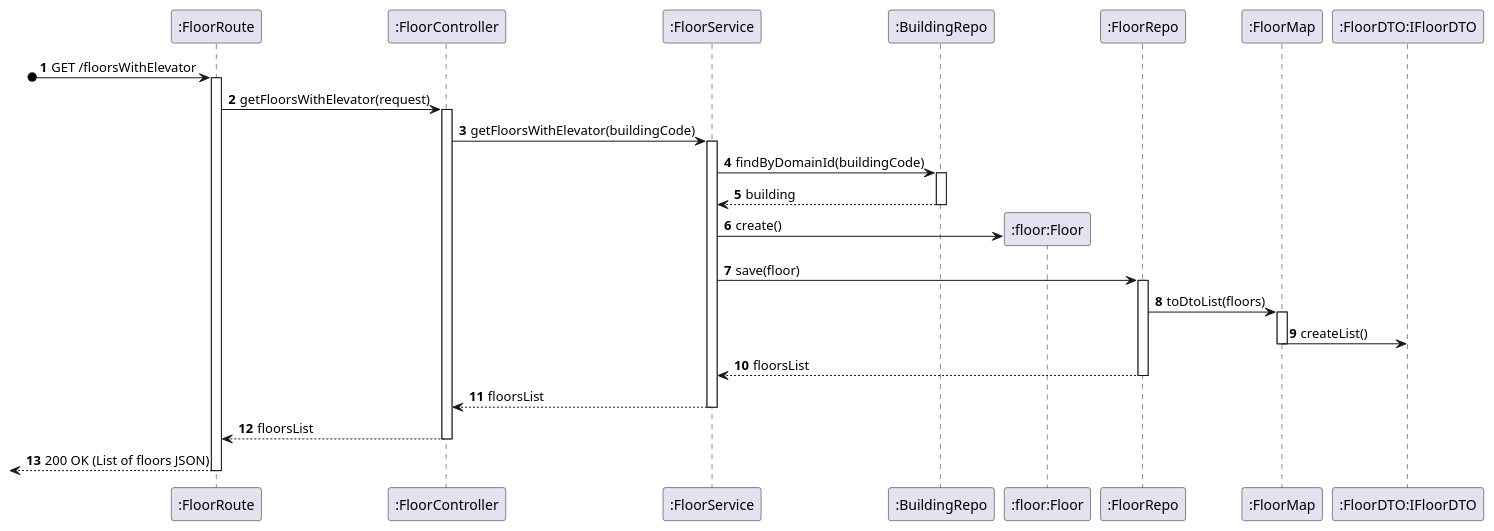
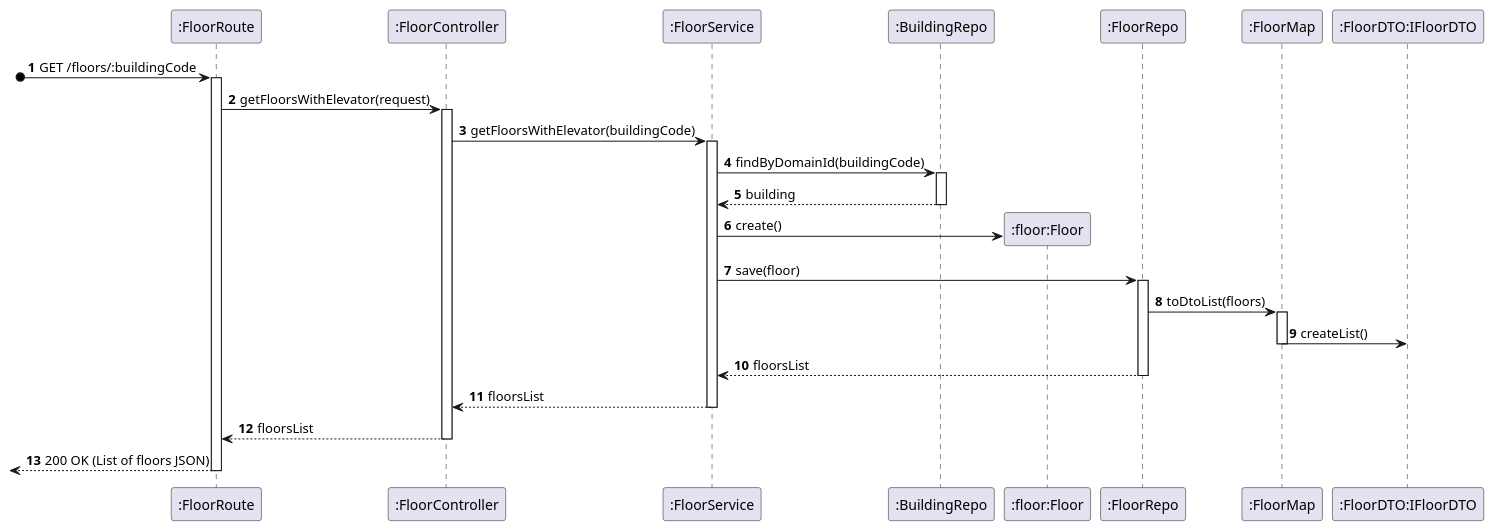
Before and after one commit to miseEnPlace-dev/lapr5: the diagram in _wiki/sprint-a/us16-300/views/level-3/process-view.puml, drawn with PlantUML. The commit also changed 2 other files, not shown here.

Commit message:
docs(300): updated views diagrams

```diff
--- a/_wiki/sprint-a/us16-300/views/level-3/process-view.puml
+++ b/_wiki/sprint-a/us16-300/views/level-3/process-view.puml
@@ -1,39 +1,39 @@
 @startuml process-view
 autonumber
 participant ROUTE as ":FloorRoute"
 participant CTRL as ":FloorController"
 participant SRV as ":FloorService"
 participant REPOBUILDING as ":BuildingRepo"
 participant FLOOR as ":floor:Floor"
 participant REPO as ":FloorRepo"
 participant MAP as ":FloorMap"
 participant DTO as ":FloorDTO:IFloorDTO"
 
-?o-> ROUTE : GET /floorsWithElevator
+?o-> ROUTE : GET /floors/:buildingCode
 activate ROUTE
 
 ROUTE -> CTRL : getFloorsWithElevator(request)
 activate CTRL
 CTRL -> SRV : getFloorsWithElevator(buildingCode)
 activate SRV
 SRV -> REPOBUILDING : findByDomainId(buildingCode)
 activate REPOBUILDING
 REPOBUILDING --> SRV : building
 deactivate REPOBUILDING
 SRV -> FLOOR** : create()
 SRV -> REPO : save(floor)
 activate REPO
 REPO -> MAP : toDtoList(floors)
 activate MAP
 MAP -> DTO : createList()
 deactivate MAP
 REPO --> SRV : floorsList
 deactivate REPO
 SRV --> CTRL : floorsList
 deactivate SRV
 CTRL --> ROUTE : floorsList
 deactivate CTRL
 <-- ROUTE : 200 OK (List of floors JSON)
 deactivate ROUTE
 
 @enduml
```
